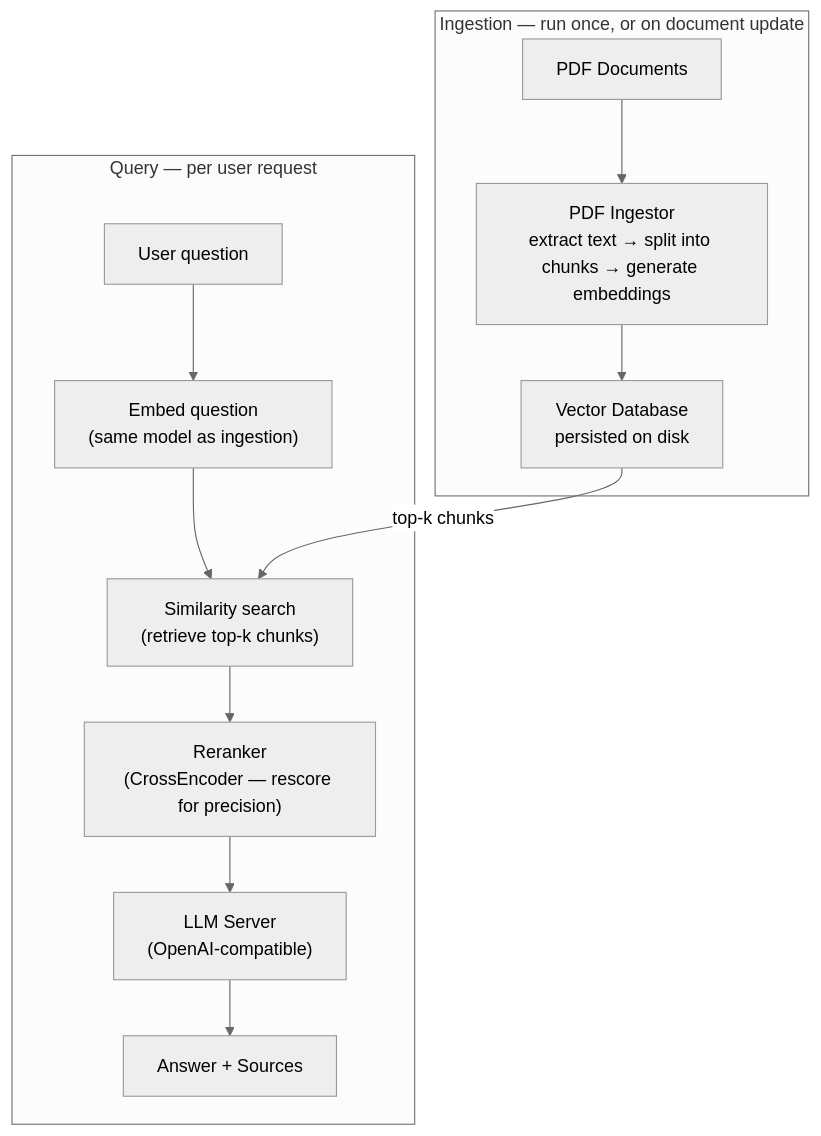
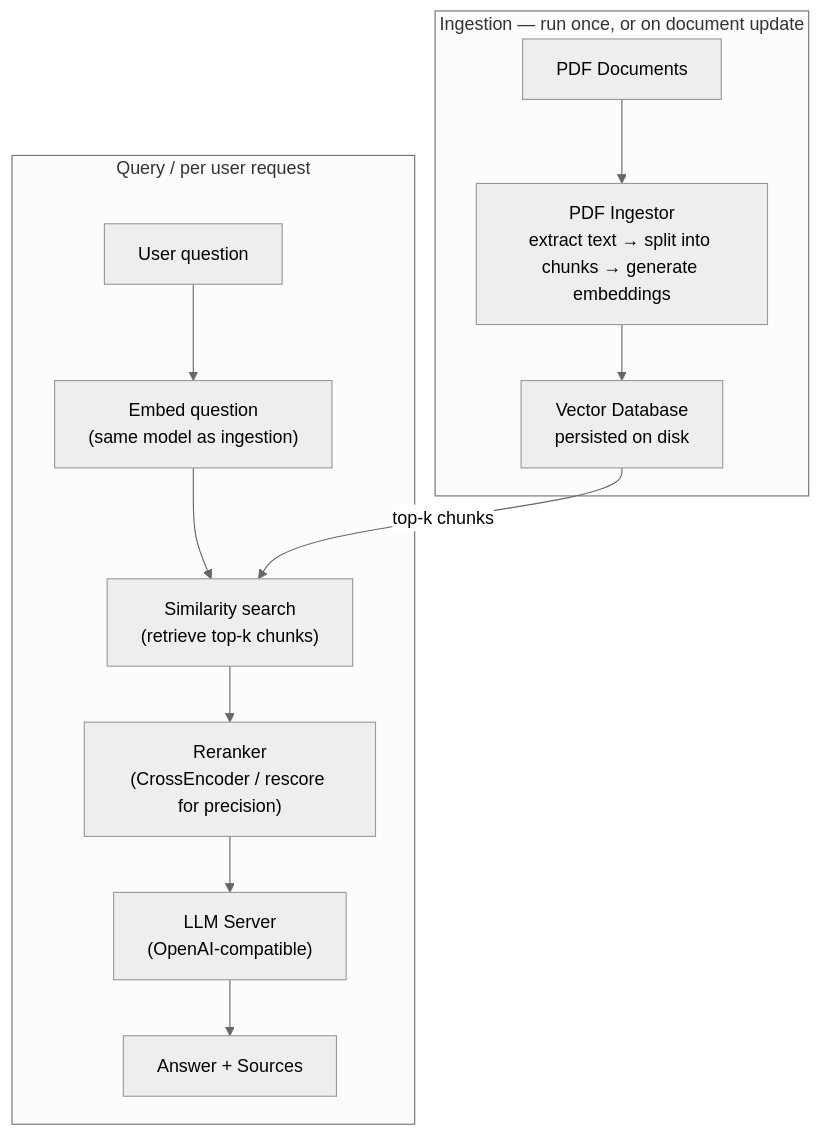
Before and after one commit to mabaeyens/qlik-sense-local-llm: the diagram in docs/pattern-3-rag-documents.md, drawn with Mermaid (neutral theme). The commit also changed other lines of this file, not shown here.

````diff
--- a/docs/pattern-3-rag-documents.md
+++ b/docs/pattern-3-rag-documents.md
@@ -25,22 +25,22 @@
 ```mermaid
 graph TD
     subgraph Ingestion["Ingestion — run once, or on document update"]
         PDF["PDF Documents"]
         ING["PDF Ingestor\nextract text → split into chunks → generate embeddings"]
         VDB["Vector Database\npersisted on disk"]
         PDF --> ING --> VDB
     end
 
-    subgraph Query["Query — per user request"]
+    subgraph Query["Query / per user request"]
         Q["User question"]
         EMB["Embed question\n(same model as ingestion)"]
         RET["Similarity search\n(retrieve top-k chunks)"]
-        RRK["Reranker\n(CrossEncoder — rescore for precision)"]
+        RRK["Reranker\n(CrossEncoder / rescore for precision)"]
         LLM["LLM Server\n(OpenAI-compatible)"]
         ANS["Answer + Sources"]
 
         Q --> EMB --> RET
         VDB -->|"top-k chunks"| RET
         RET --> RRK --> LLM --> ANS
     end
 ```
````
